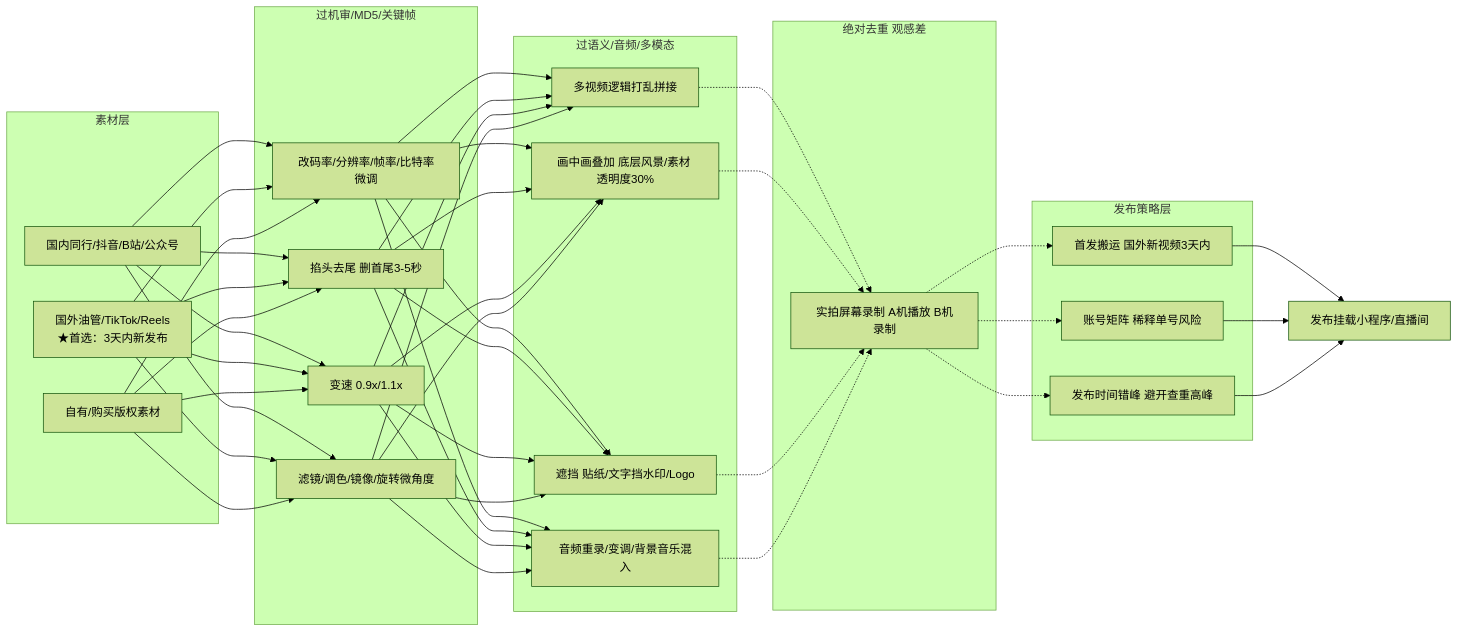
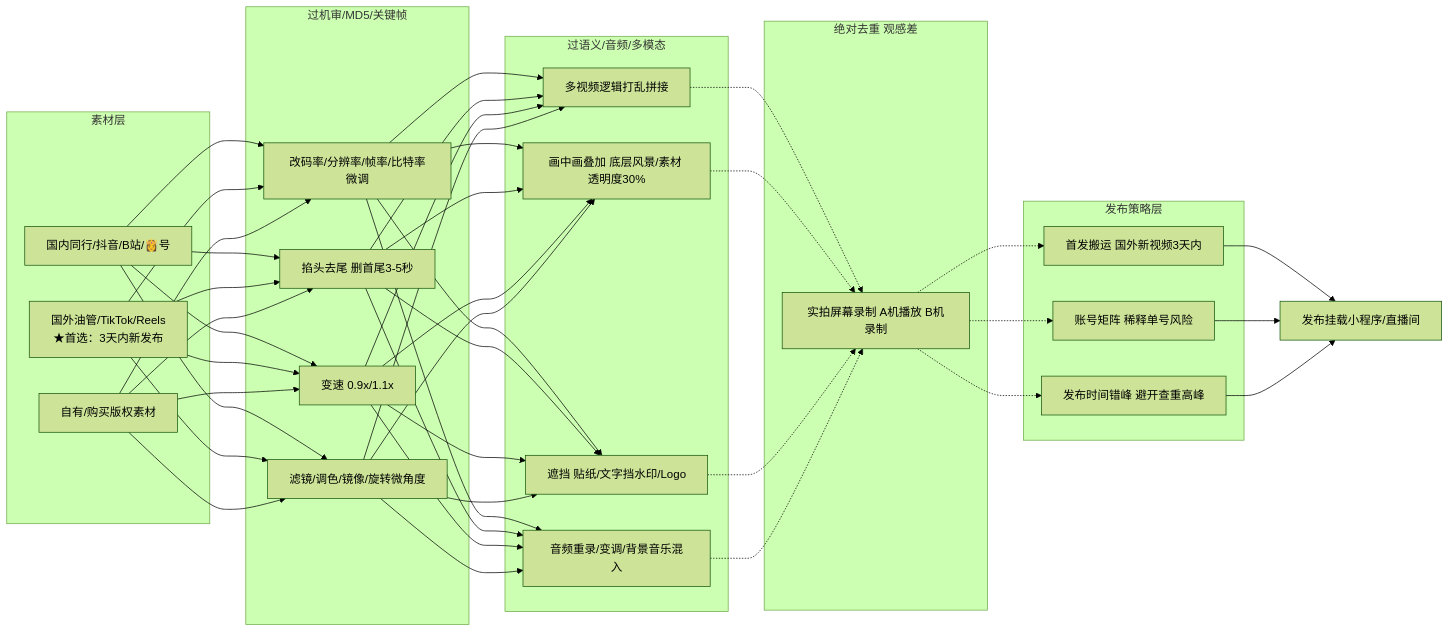
One commit to OpenDocCN1/flygon-zhuanqian-zhoubao changed the ninth of 11 diagrams in docs/202305_paper2textbook/asset/body_fix_9da93258fc61a93502647e223a6e2adf_0ea80832c47b62f216c7cf8319ecb93f_e3c05ada5b9cada442e37db68cb6873f_9491cd8e73720ce099e5e22f14d0b012.md. Above: the diagram before and after it, drawn with Mermaid (forest theme). The commit also changed other lines of this file and 6688 other files, not shown here.

````diff
--- a/docs/202305_paper2textbook/asset/body_fix_9da93258fc61a93502647e223a6e2adf_0ea80832c47b62f216c7cf8319ecb93f_e3c05ada5b9cada442e37db68cb6873f_9491cd8e73720ce099e5e22f14d0b012.md
+++ b/docs/202305_paper2textbook/asset/body_fix_9da93258fc61a93502647e223a6e2adf_0ea80832c47b62f216c7cf8319ecb93f_e3c05ada5b9cada442e37db68cb6873f_9491cd8e73720ce099e5e22f14d0b012.md
@@ -515,38 +515,38 @@
 ```mermaid
 flowchart LR
     subgraph 素材层
-        A1[国内同行/抖音/B站/公众号] 
+        A1[国内同行/抖音/B站/👸号] 
         A2[国外油管/TikTok/Reels\n★首选：3天内新发布]
         A3[自有/购买版权素材]
     end
     
     subgraph 基础去重层[过机审/MD5/关键帧]
         B1[改码率/分辨率/帧率/比特率微调]
         B2[掐头去尾 删首尾3-5秒]
         B3[变速 0.9x/1.1x]
         B4[滤镜/调色/镜像/旋转微角度]
     end
     
     subgraph 进阶去重层[过语义/音频/多模态]
         C1[多视频逻辑打乱拼接]
         C2[画中画叠加 底层风景/素材 透明度30%]
         C3[遮挡 贴纸/文字挡水印/Logo]
         C4[音频重录/变调/背景音乐混入]
     end
     
     subgraph 终极去重层[绝对去重 观感差]
         D1[实拍屏幕录制 A机播放 B机录制]
     end
     
     subgraph 发布策略层
         E1[首发搬运 国外新视频3天内]
         E2[账号矩阵 稀释单号风险]
         E3[发布时间错峰 避开查重高峰]
     end
     
     A1 & A2 & A3 --> B1 & B2 & B3 & B4
     B1 & B2 & B3 & B4 --> C1 & C2 & C3 & C4
     C1 & C2 & C3 & C4 -.-> D1
     D1 -.-> E1 & E2 & E3
     E1 & E2 & E3 --> F[发布挂载小程序/直播间]
 ```
````
